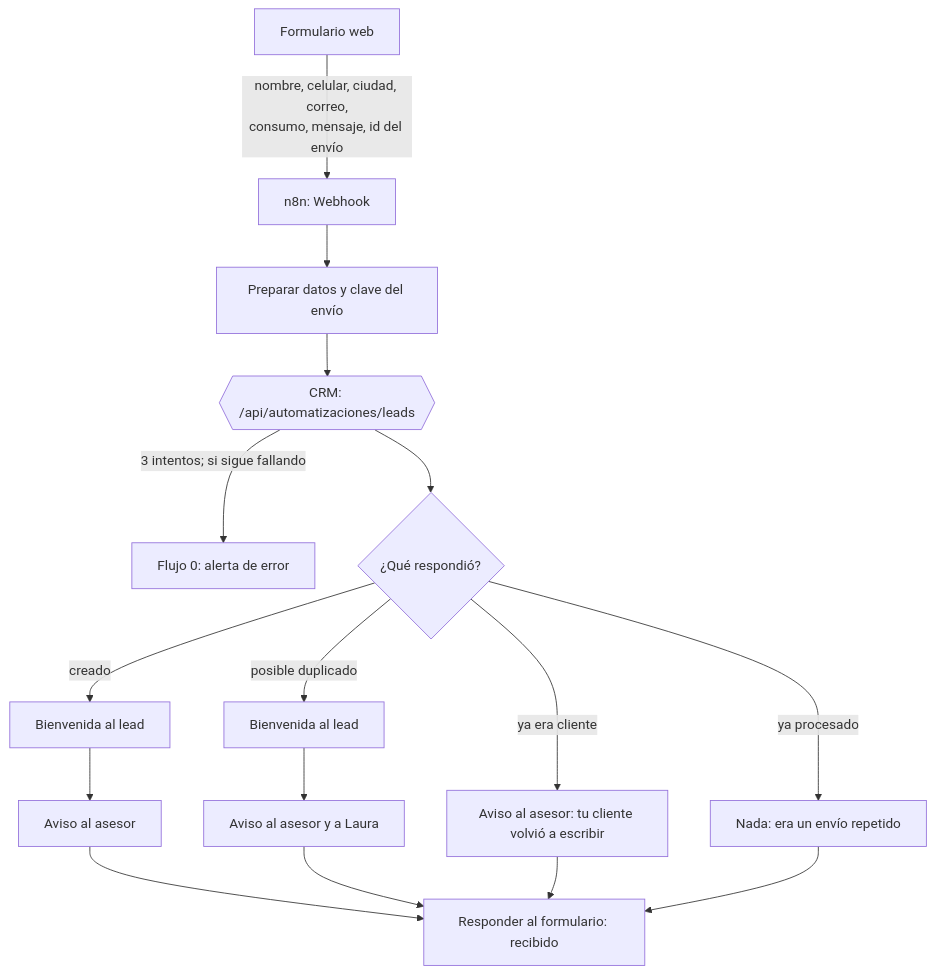
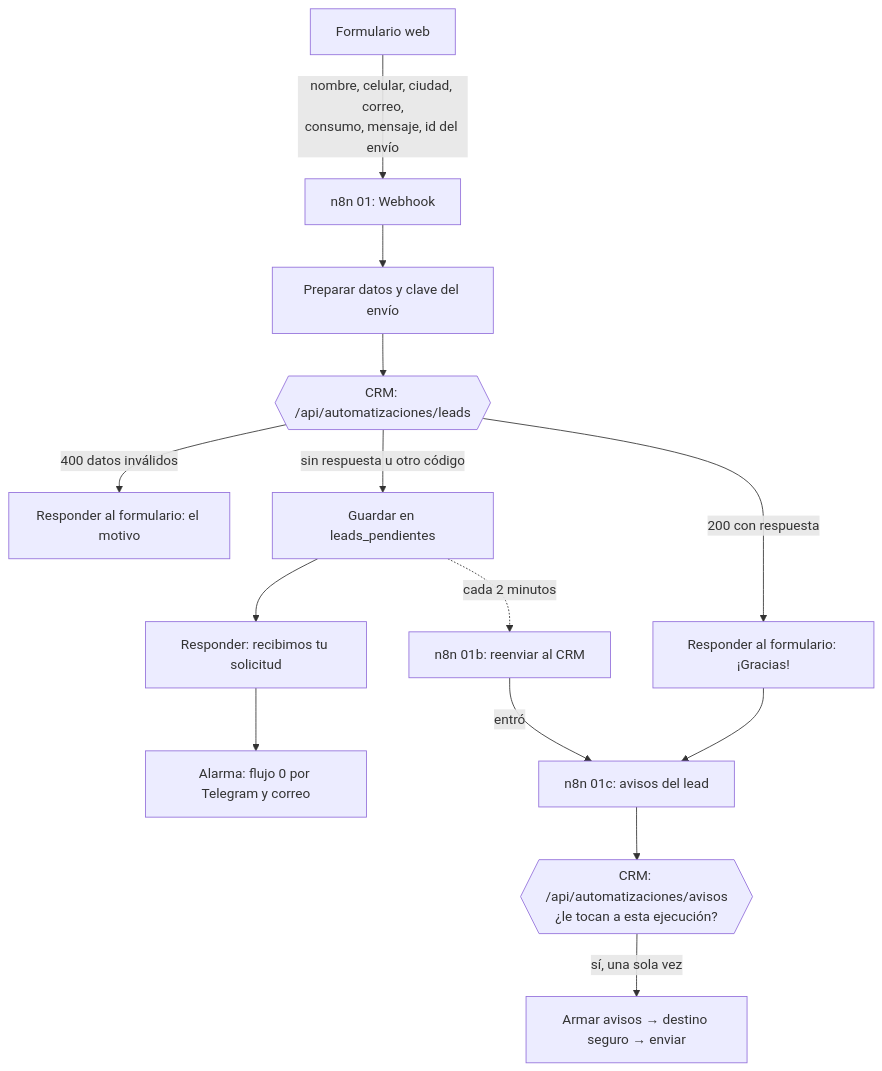
Before and after one commit to Gabriel-Prada/solarandes-crm: the diagram in docs/plan-fase-3.md, drawn with Mermaid. The commit also changed other lines of this file and 8 other files, not shown here.

First line of the commit message:
Agrega la captura de leads en n8n con cola de reintentos y avisos (fase 3, flujo 1)

````diff
--- a/docs/plan-fase-3.md
+++ b/docs/plan-fase-3.md
@@ -92,13 +94,15 @@
 ```mermaid
 flowchart TD
-    F[Formulario web] -->|nombre, celular, ciudad, correo,<br/>consumo, mensaje, id del envío| W[n8n: Webhook]
+    F[Formulario web] -->|nombre, celular, ciudad, correo,<br/>consumo, mensaje, id del envío| W[n8n 01: Webhook]
     W --> P[Preparar datos y clave del envío]
     P --> C{{CRM: /api/automatizaciones/leads}}
-    C -->|3 intentos; si sigue fallando| E[Flujo 0: alerta de error]
-    C --> S{¿Qué respondió?}
-    S -->|creado| B[Bienvenida al lead] --> A[Aviso al asesor]
-    S -->|posible duplicado| B2[Bienvenida al lead] --> A2[Aviso al asesor y a Laura]
-    S -->|ya era cliente| A3[Aviso al asesor: tu cliente volvió a escribir]
-    S -->|ya procesado| N[Nada: era un envío repetido]
-    A & A2 & A3 & N --> R[Responder al formulario: recibido]
+    C -->|200 con respuesta| G[Responder al formulario: ¡Gracias!]
+    C -->|400 datos inválidos| I[Responder al formulario: el motivo]
+    C -->|sin respuesta u otro código| Q[Guardar en leads_pendientes]
+    Q --> R[Responder: recibimos tu solicitud] --> E[Alarma: flujo 0 por Telegram y correo]
+    Q -.->|cada 2 minutos| B[n8n 01b: reenviar al CRM]
+    B -->|entró| V
+    G --> V[n8n 01c: avisos del lead]
+    V --> RS{{CRM: /api/automatizaciones/avisos<br/>¿le tocan a esta ejecución?}}
+    RS -->|sí, una sola vez| D[Armar avisos → destino seguro → enviar]
 ```
````
